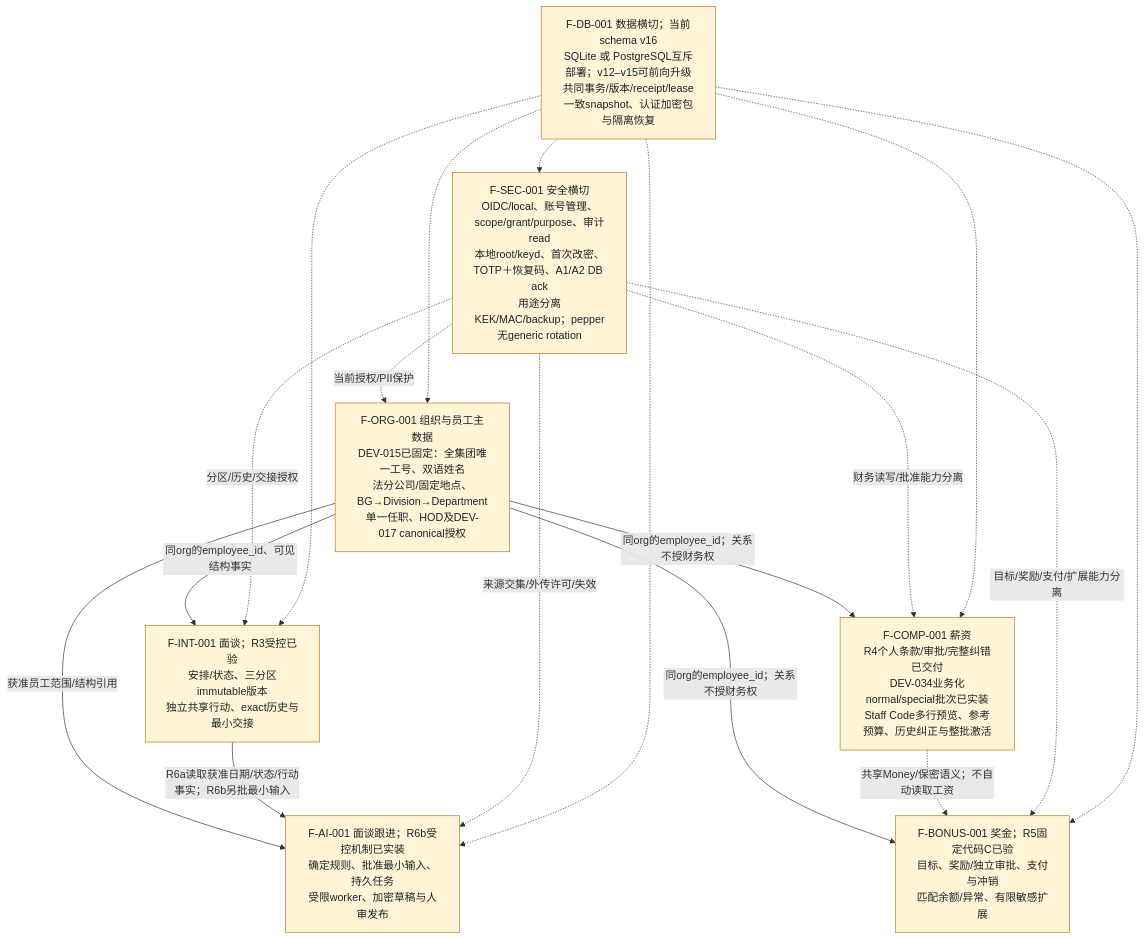
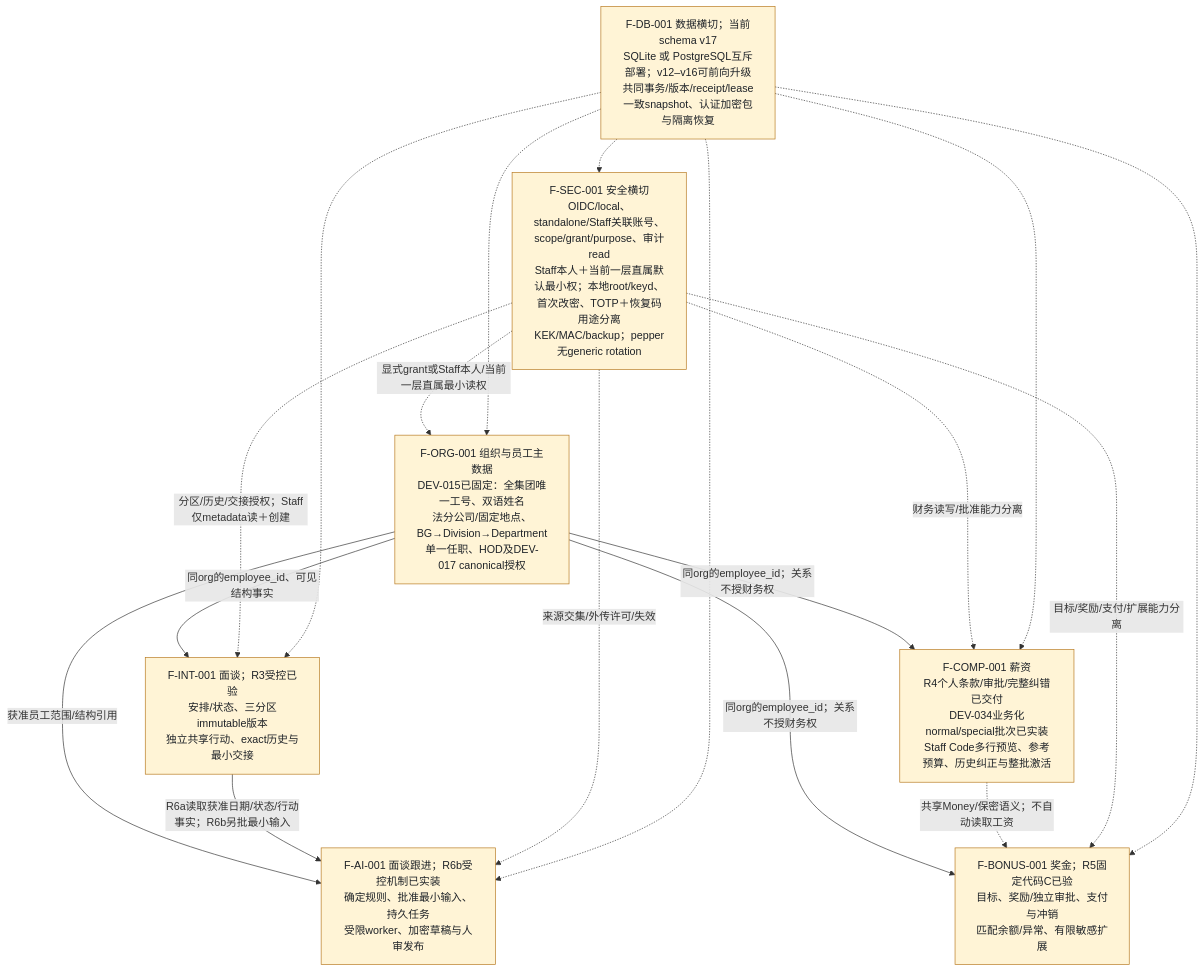
Before and after one commit to r404r/team-ledger-pub: the first of 13 diagrams in docs/FUNCTIONAL_SPEC.md, drawn with Mermaid. The commit also changed other lines of this file and 5 other files, not shown here.

````diff
--- a/docs/FUNCTIONAL_SPEC.md
+++ b/docs/FUNCTIONAL_SPEC.md
@@ -16,30 +16,30 @@
 ```mermaid
 flowchart TB
     org["F-ORG-001 组织与员工主数据<br/>DEV-015已固定：全集团唯一工号、双语姓名<br/>法分公司/固定地点、BG→Division→Department<br/>单一任职、HOD及DEV-017 canonical授权"]
     interview["F-INT-001 面谈；R3受控已验<br/>安排/状态、三分区immutable版本<br/>独立共享行动、exact历史与最小交接"]
     comp["F-COMP-001 薪资<br/>R4个人条款/审批/完整纠错已交付<br/>DEV-034业务化normal/special批次已实装<br/>Staff Code多行预览、参考预算、历史纠正与整批激活"]
     bonus["F-BONUS-001 奖金；R5固定代码C已验<br/>目标、奖励/独立审批、支付与冲销<br/>匹配余额/异常、有限敏感扩展"]
     ai["F-AI-001 面谈跟进；R6b受控机制已实装<br/>确定规则、批准最小输入、持久任务<br/>受限worker、加密草稿与人审发布"]
-    sec["F-SEC-001 安全横切<br/>OIDC/local、账号管理、scope/grant/purpose、审计read<br/>本地root/keyd、首次改密、TOTP＋恢复码、A1/A2 DB ack<br/>用途分离KEK/MAC/backup；pepper无generic rotation"]
-    db["F-DB-001 数据横切；当前schema v16<br/>SQLite 或 PostgreSQL互斥部署；v12–v15可前向升级<br/>共同事务/版本/receipt/lease<br/>一致snapshot、认证加密包与隔离恢复"]
+    sec["F-SEC-001 安全横切<br/>OIDC/local、standalone/Staff关联账号、scope/grant/purpose、审计read<br/>Staff本人＋当前一层直属默认最小权；本地root/keyd、首次改密、TOTP＋恢复码<br/>用途分离KEK/MAC/backup；pepper无generic rotation"]
+    db["F-DB-001 数据横切；当前schema v17<br/>SQLite 或 PostgreSQL互斥部署；v12–v16可前向升级<br/>共同事务/版本/receipt/lease<br/>一致snapshot、认证加密包与隔离恢复"]
     org -->|"同org的employee_id、可见结构事实"| interview
     org -->|"同org的employee_id；关系不授财务权"| comp
     org -->|"同org的employee_id；关系不授财务权"| bonus
     org -->|"获准员工范围/结构引用"| ai
     interview -->|"R6a读取获准日期/状态/行动事实；R6b另批最小输入"| ai
     comp -.->|"共享Money/保密语义；不自动读取工资"| bonus
-    sec -.->|"当前授权/PII保护"| org
-    sec -.->|"分区/历史/交接授权"| interview
+    sec -.->|"显式grant或Staff本人/当前一层直属最小读权"| org
+    sec -.->|"分区/历史/交接授权；Staff仅metadata读＋创建"| interview
     sec -.->|"财务读写/批准能力分离"| comp
     sec -.->|"目标/奖励/支付/扩展能力分离"| bonus
     sec -.->|"来源交集/外传许可/失效"| ai
     db -.-> org
     db -.-> interview
     db -.-> comp
     db -.-> bonus
     db -.-> ai
     db -.-> sec
     classDef partial fill:#fff4d6,stroke:#b7791f,color:#1f2328;
     classDef planned fill:#eef2ff,stroke:#64748b,color:#1f2328;
     class org,interview,comp,bonus,ai,sec,db partial;
 ```
````
